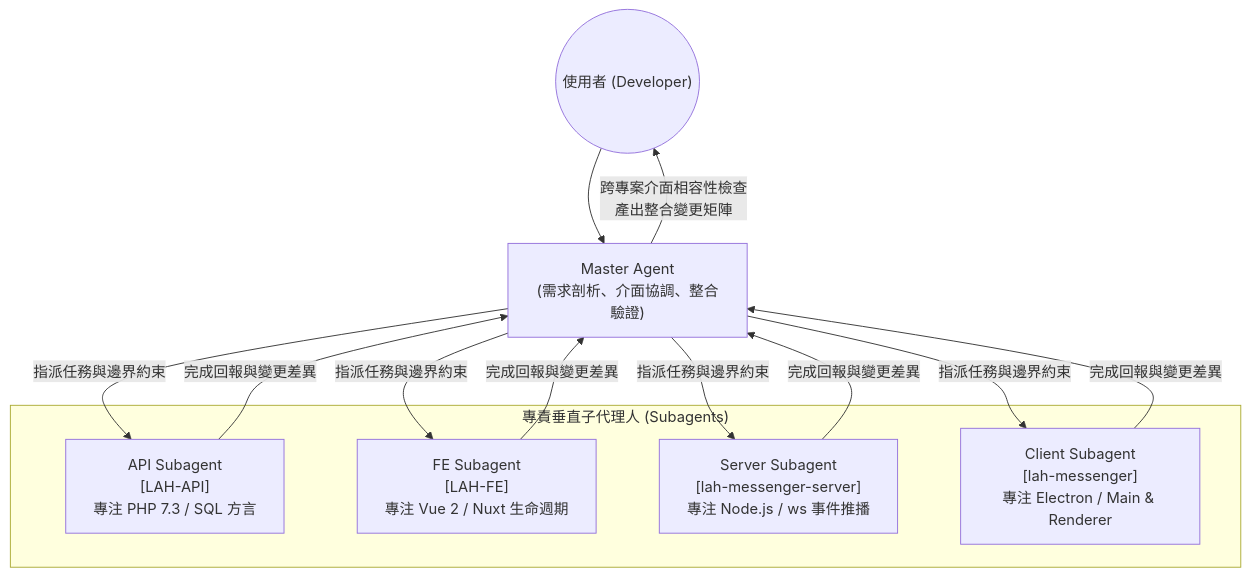
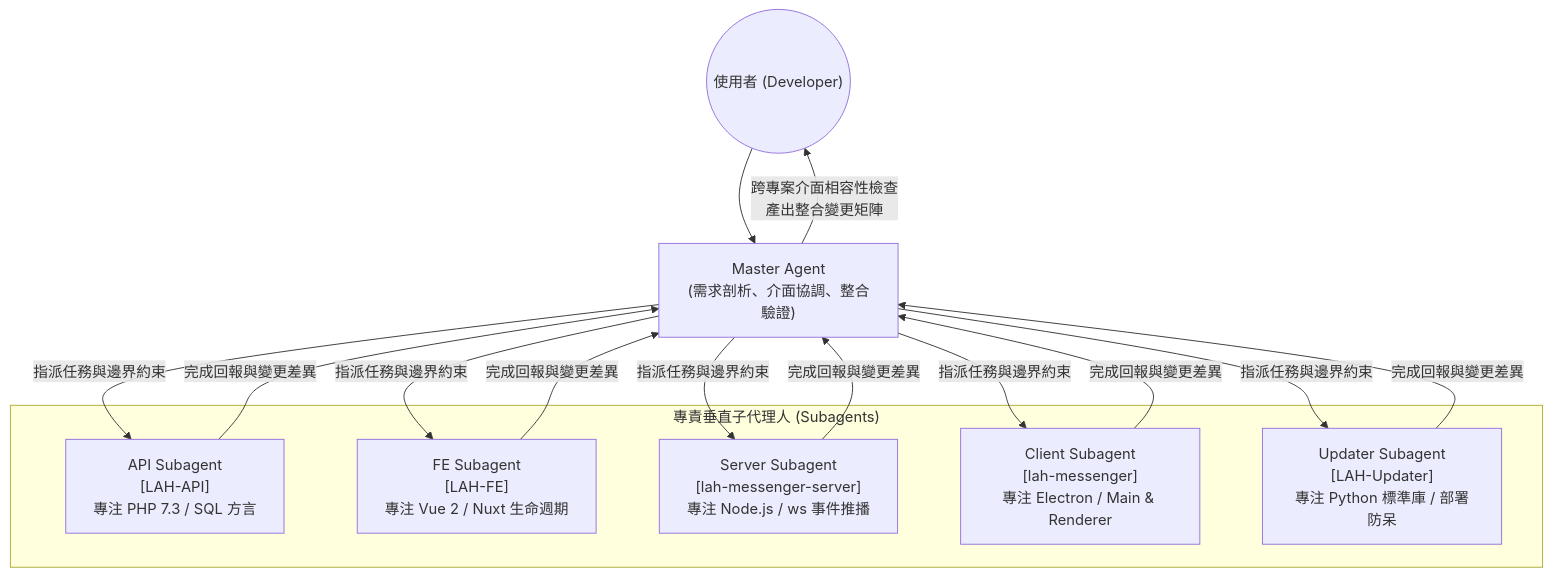
One commit to pyliu/LAH-Workspace changed the second of 3 diagrams in README.md. Above: the diagram before and after it, drawn with Mermaid. The commit also changed other lines of this file and 1 other file, not shown here.

First line of the commit message:
docs: 將 LAH-Updater 納入工作區全域架構契約與系統拓撲說明

````diff
--- a/README.md
+++ b/README.md
@@ -74,23 +75,26 @@
 ```mermaid
 flowchart TD
     USER(("使用者 (Developer)")) --> MASTER["Master Agent<br/>(需求剖析、介面協調、整合驗證)"]
 
     subgraph Subagents["專責垂直子代理人 (Subagents)"]
         A_API["API Subagent<br/>[LAH-API]<br/>專注 PHP 7.3 / SQL 方言"]
         A_FE["FE Subagent<br/>[LAH-FE]<br/>專注 Vue 2 / Nuxt 生命週期"]
         A_WSS["Server Subagent<br/>[lah-messenger-server]<br/>專注 Node.js / ws 事件推播"]
         A_CLIENT["Client Subagent<br/>[lah-messenger]<br/>專注 Electron / Main & Renderer"]
+        A_UPDATER["Updater Subagent<br/>[LAH-Updater]<br/>專注 Python 標準庫 / 部署防呆"]
     end
 
     MASTER -- "指派任務與邊界約束" --> A_API
     MASTER -- "指派任務與邊界約束" --> A_FE
     MASTER -- "指派任務與邊界約束" --> A_WSS
     MASTER -- "指派任務與邊界約束" --> A_CLIENT
+    MASTER -- "指派任務與邊界約束" --> A_UPDATER
 
     A_API -- "完成回報與變更差異" --> MASTER
     A_FE -- "完成回報與變更差異" --> MASTER
     A_WSS -- "完成回報與變更差異" --> MASTER
     A_CLIENT -- "完成回報與變更差異" --> MASTER
+    A_UPDATER -- "完成回報與變更差異" --> MASTER
 
     MASTER -- "跨專案介面相容性檢查<br/>產出整合變更矩陣" --> USER
 ```
````
